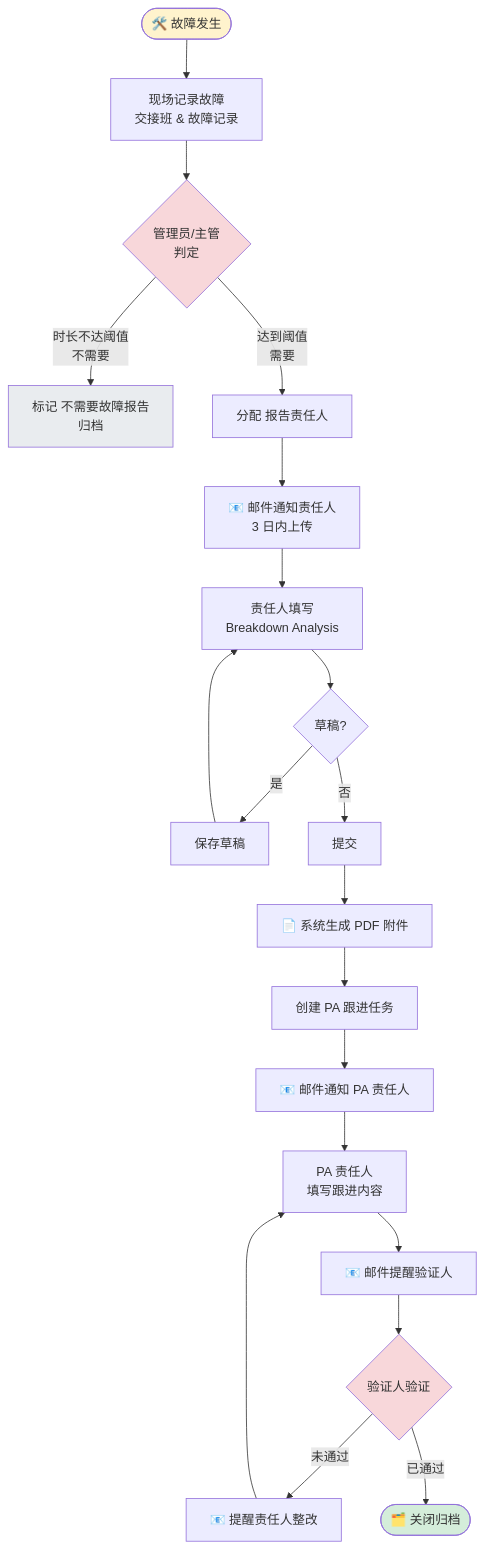
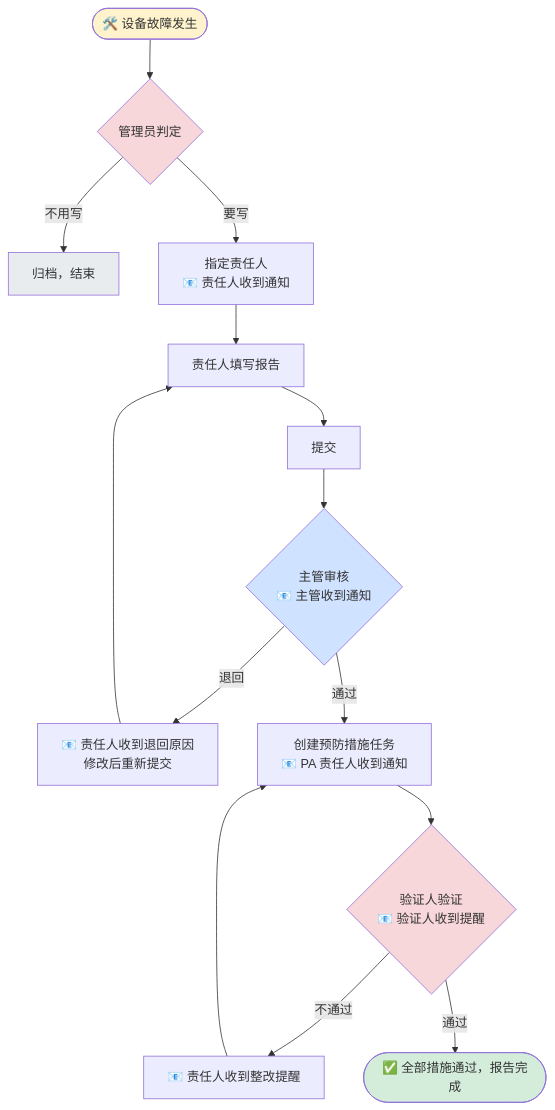
One commit to Kelland-Zhao/EDS changed the diagram in docs/故障报告操作手册.md. Above: the diagram before and after it, drawn with Mermaid. The commit also changed other lines of this file, not shown here.

````diff
--- a/docs/故障报告操作手册.md
+++ b/docs/故障报告操作手册.md
@@ -78,33 +48,28 @@
 ```mermaid
 flowchart TD
-    Start([🛠️ 故障发生]) --> Record[现场记录故障<br/>交接班 & 故障记录]
-    Record --> Judge{管理员/主管<br/>判定}
+    Start([🛠️ 设备故障发生]) --> Judge{管理员判定}
+    Judge -- 不用写 --> NoReport[归档，结束]
+    Judge -- 要写 --> Assign[指定责任人<br/>📧 责任人收到通知]
 
-    Judge -- 时长不达阈值<br/>不需要 --> NoReport[标记 不需要故障报告<br/>归档]
-    Judge -- 达到阈值<br/>需要 --> Assign[分配 报告责任人]
+    Assign --> Fill[责任人填写报告]
+    Fill --> Submit[提交]
+    Submit --> Review{主管审核<br/>📧 主管收到通知}
 
-    Assign --> Mail1[📧 邮件通知责任人<br/>3 日内上传]
-    Mail1 --> Fill[责任人填写<br/>Breakdown Analysis]
-    Fill --> Draft{草稿?}
-    Draft -- 是 --> SaveDraft[保存草稿] --> Fill
-    Draft -- 否 --> Submit[提交]
+    Review -- 退回 --> Back[📧 责任人收到退回原因<br/>修改后重新提交]
+    Back --> Fill
 
-    Submit --> GenPDF[📄 系统生成 PDF 附件]
-    GenPDF --> CreatePA[创建 PA 跟进任务]
-    CreatePA --> Mail2[📧 邮件通知 PA 责任人]
+    Review -- 通过 --> Followup[创建预防措施任务<br/>📧 PA 责任人收到通知]
+    Followup --> Verify{验证人验证<br/>📧 验证人收到提醒}
 
-    Mail2 --> FollowUp[PA 责任人<br/>填写跟进内容]
-    FollowUp --> Mail3[📧 邮件提醒验证人]
-    Mail3 --> Verify{验证人验证}
+    Verify -- 不通过 --> Fix[📧 责任人收到整改提醒]
+    Fix --> Followup
 
-    Verify -- 未通过 --> Mail4[📧 提醒责任人整改]
-    Mail4 --> FollowUp
-
-    Verify -- 已通过 --> Close([🗂️ 关闭归档])
+    Verify -- 通过 --> Close([✅ 全部措施通过，报告完成])
 
     style Start fill:#fff3cd
     style Close fill:#d4edda
     style NoReport fill:#e9ecef
     style Judge fill:#f8d7da
+    style Review fill:#cfe2ff
     style Verify fill:#f8d7da
 ```
````
